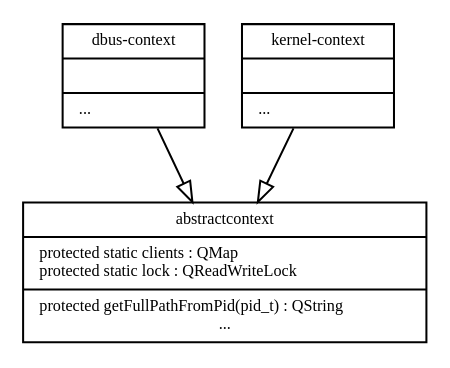
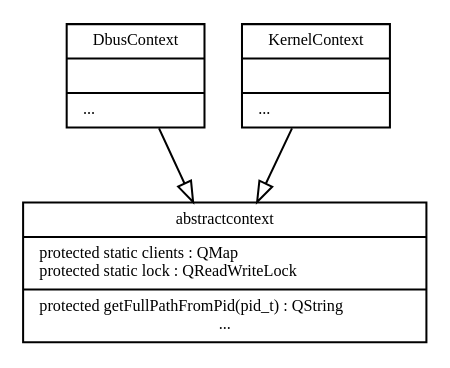
One commit to Siosm/contextd-capture changed the diagram in rapport/class.dot. Above: the diagram before and after it, drawn with Graphviz.

Commit message:
Soucis au niveau du diagramme de classe
Il apparait incomplet chez moi alors qu'il est complet dans le fichier. +
problème de majuscules

```diff
--- a/rapport/class.dot
+++ b/rapport/class.dot
@@ -1,34 +1,34 @@
 digraph G {
 	fontname = "Bitstream Vera Sans"
 	fontsize = 8
 	
 	node [
 		fontname  ="Bitstream Vera Sans"
 		fontsize = 8
 		shape = "record"
 	]
 
 	edge [
 		fontname  ="Bitstream Vera Sans"
 		fontsize = 8
 		arrowhead = "empty"
 	]
 
 	abstractcontext [
-		//label = "{abstractcontext|protected static clients : QMap\lprotected static lock : QReadWriteLock\l|protected getFullPathFromPid(pid_t) : QString\l+ virtual register_application(const QString, uint) : QString\l+ virtual domain_changed(const QString) : QString\l+ virtual required_domain(const QString) : QString\l+ virtual current_domain() : QString\l+ virtual is_registered() : QString\l+ virtual register_for_domain_changes_updates() : QString\lprotected virtual onGlobalContextChanged(Domain,Domain) : void\lprotected onEvent(ContextPluginEvent*): void\l}"
+		//label = "{AbstractContext|protected static clients : QMap\lprotected static lock : QReadWriteLock\l|protected getFullPathFromPid(pid_t) : QString\l+ virtual register_application(const QString, uint) : QString\l+ virtual domain_changed(const QString) : QString\l+ virtual required_domain(const QString) : QString\l+ virtual current_domain() : QString\l+ virtual is_registered() : QString\l+ virtual register_for_domain_changes_updates() : QString\lprotected virtual onGlobalContextChanged(Domain,Domain) : void\lprotected onEvent(ContextPluginEvent*): void\l}"
 		label = "{abstractcontext|protected static clients : QMap\lprotected static lock : QReadWriteLock\l|protected getFullPathFromPid(pid_t) : QString\l...}"
 	]
 
 	dbuscontext [
-		label = "{dbus-context||...\l}"
+		label = "{DbusContext||...\l}"
 	]
 
 	kernelcontext [
-		label = "{kernel-context||...\l}"
+		label = "{KernelContext||...\l}"
 	]
 
 	dbuscontext->abstractcontext;
 	kernelcontext->abstractcontext;
 
 }
 // dot -T pdf -o class.pdf class.dot
```
